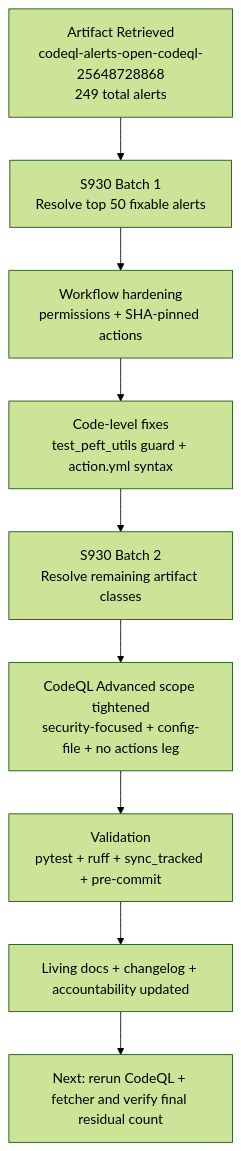
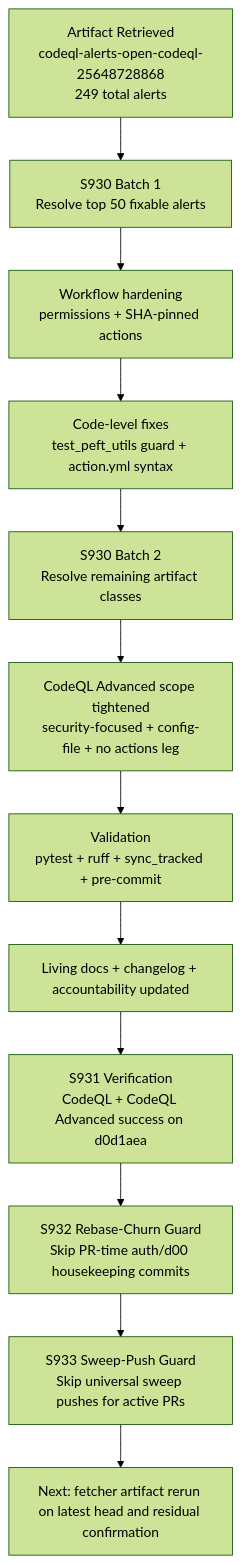
One commit to Aries-Serpent/_codex_ changed the diagram in docs/sessions/PR4393_session_diagram.md. Above: the diagram before and after it, drawn with Mermaid (forest theme). The commit also changed other lines of this file and 6 other files, not shown here.

First line of the commit message:
fix(ci): prevent PR-time housekeeping/sweep pushes that cause rebase conflicts

````diff
--- a/docs/sessions/PR4393_session_diagram.md
+++ b/docs/sessions/PR4393_session_diagram.md
@@ -3,12 +3,15 @@
 ```mermaid
 graph TD
   A[Artifact Retrieved<br/>codeql-alerts-open-codeql-25648728868<br/>249 total alerts] --> B
   B[S930 Batch 1<br/>Resolve top 50 fixable alerts] --> C
   C[Workflow hardening<br/>permissions + SHA-pinned actions] --> D
   D[Code-level fixes<br/>test_peft_utils guard + action.yml syntax] --> E
   E[S930 Batch 2<br/>Resolve remaining artifact classes] --> F
   F[CodeQL Advanced scope tightened<br/>security-focused + config-file + no actions leg] --> G
   G[Validation<br/>pytest + ruff + sync_tracked + pre-commit] --> H
   H[Living docs + changelog + accountability updated] --> I
-  I[Next: rerun CodeQL + fetcher and verify final residual count]
+  I[S931 Verification<br/>CodeQL + CodeQL Advanced success on d0d1aea] --> J
+  J[S932 Rebase-Churn Guard<br/>Skip PR-time auth/d00 housekeeping commits] --> K
+  K[S933 Sweep-Push Guard<br/>Skip universal sweep pushes for active PRs] --> L
+  L[Next: fetcher artifact rerun on latest head and residual confirmation]
 ```
````
